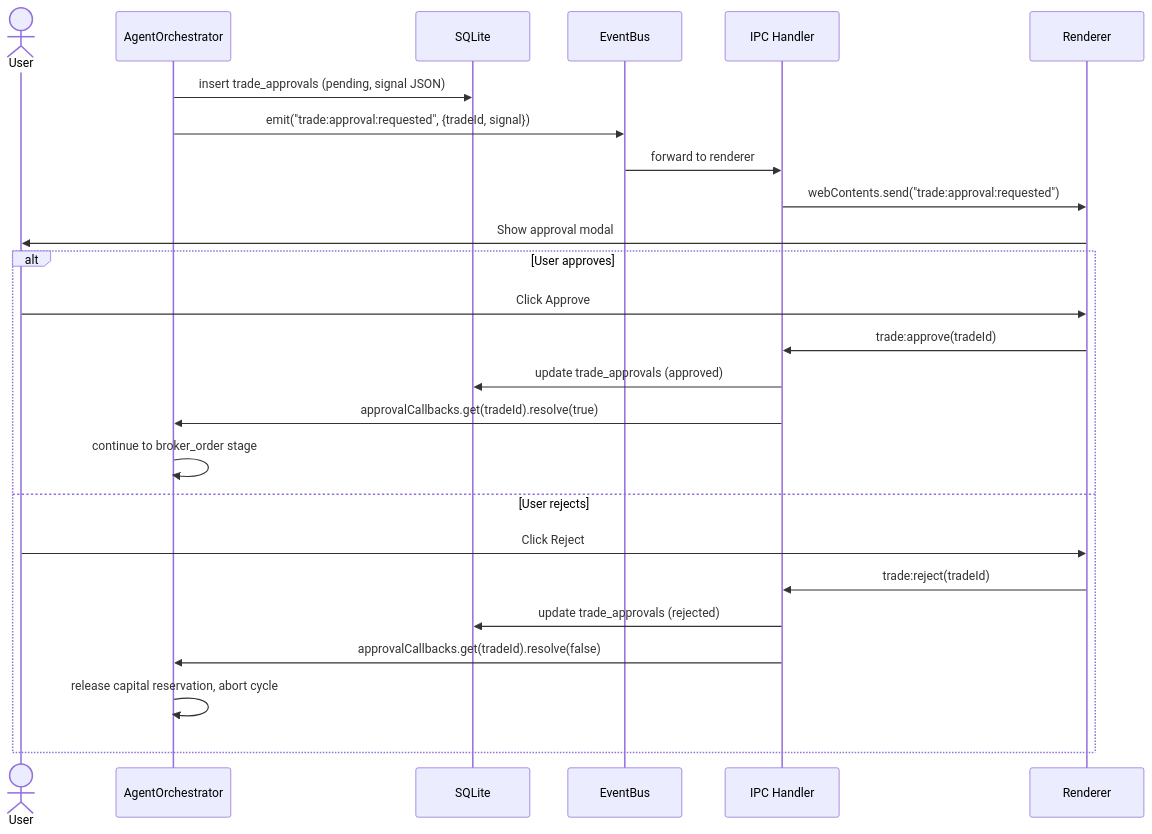
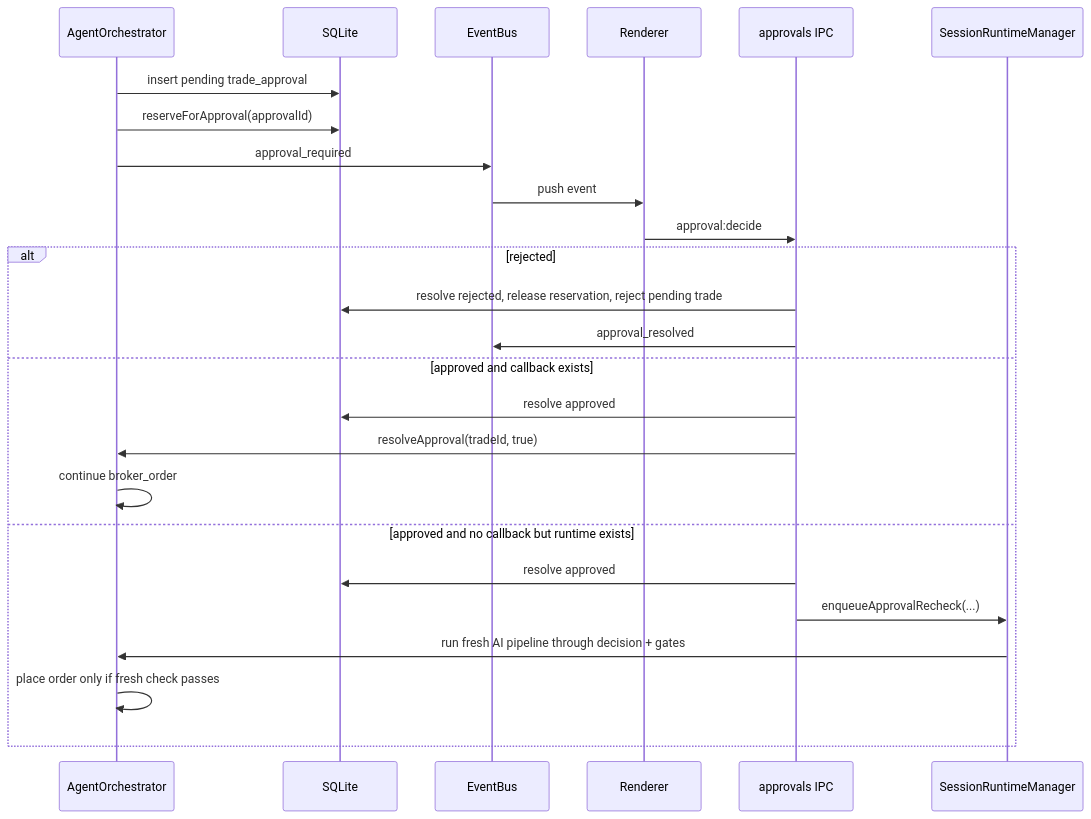
The eighth of 16 diagrams in docs/architecture/ai-runtime.md (KennethAtchon/Exva), drawn with Mermaid before and after one commit. The commit also changed other lines of this file and 42 other files, not shown here.

````diff
--- a/docs/architecture/ai-runtime.md
+++ b/docs/architecture/ai-runtime.md
@@ -446,29 +351,28 @@
 ```mermaid
 sequenceDiagram
-    actor User
     participant AO as AgentOrchestrator
     participant DB as SQLite
     participant EB as EventBus
-    participant IPC as IPC Handler
     participant UI as Renderer
+    participant IPC as approvals IPC
+    participant SRM as SessionRuntimeManager
 
-    AO->>DB: insert trade_approvals (pending, signal JSON)
-    AO->>EB: emit("trade:approval:requested", {tradeId, signal})
-    EB->>IPC: forward to renderer
-    IPC->>UI: webContents.send("trade:approval:requested")
-    UI->>User: Show approval modal
-
-    alt User approves
-        User->>UI: Click Approve
-        UI->>IPC: trade:approve(tradeId)
-        IPC->>DB: update trade_approvals (approved)
-        IPC->>AO: approvalCallbacks.get(tradeId).resolve(true)
-        AO->>AO: continue to broker_order stage
-    else User rejects
-        User->>UI: Click Reject
-        UI->>IPC: trade:reject(tradeId)
-        IPC->>DB: update trade_approvals (rejected)
-        IPC->>AO: approvalCallbacks.get(tradeId).resolve(false)
-        AO->>AO: release capital reservation, abort cycle
+    AO->>DB: insert pending trade_approval
+    AO->>DB: reserveForApproval(approvalId)
+    AO->>EB: approval_required
+    EB->>UI: push event
+    UI->>IPC: approval:decide
+    alt rejected
+        IPC->>DB: resolve rejected, release reservation, reject pending trade
+        IPC->>EB: approval_resolved
+    else approved and callback exists
+        IPC->>DB: resolve approved
+        IPC->>AO: resolveApproval(tradeId, true)
+        AO->>AO: continue broker_order
+    else approved and no callback but runtime exists
+        IPC->>DB: resolve approved
+        IPC->>SRM: enqueueApprovalRecheck(...)
+        SRM->>AO: run fresh AI pipeline through decision + gates
+        AO->>AO: place order only if fresh check passes
     end
 ```
````
